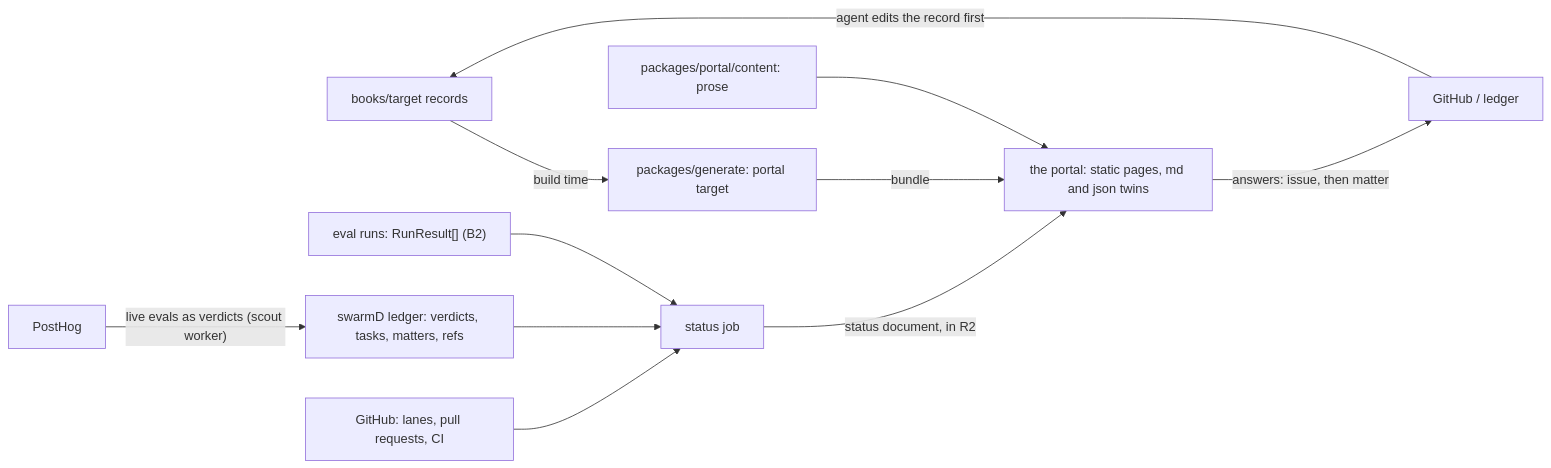
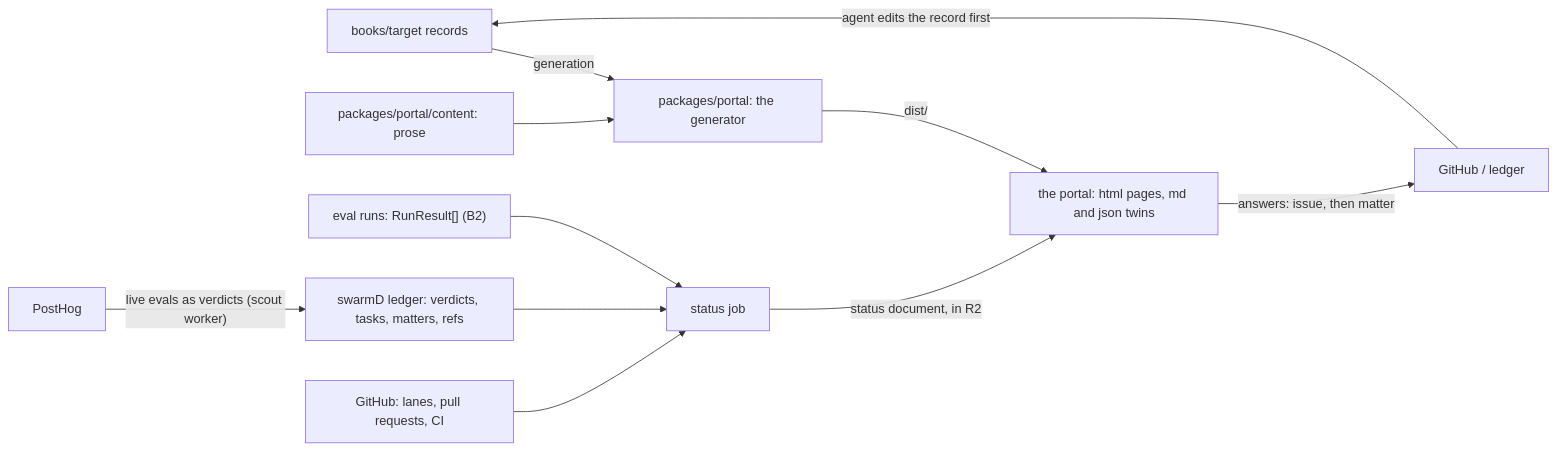
Before and after one commit to AaronAbuUsama/capxul-next: the first of 2 diagrams in docs/design/portal.md, drawn with Mermaid. The commit also changed other lines of this file and 5 other files, not shown here.

````diff
--- a/docs/design/portal.md
+++ b/docs/design/portal.md
@@ -50,13 +54,13 @@
 ```mermaid
 flowchart LR
-  book["books/target records"] -->|build time| gen["packages/generate: portal target"]
-  prose["packages/portal/content: prose"] --> site
-  gen -->|bundle| site["the portal: static pages, md and json twins"]
+  book["books/target records"] -->|generation| gen["packages/portal: the generator"]
+  prose["packages/portal/content: prose"] --> gen
+  gen -->|"dist/"| site["the portal: html pages, md and json twins"]
   runs["eval runs: RunResult[] (B2)"] --> job["status job"]
   ledger["swarmD ledger: verdicts, tasks, matters, refs"] --> job
   gh["GitHub: lanes, pull requests, CI"] --> job
   ph["PostHog"] -->|"live evals as verdicts (scout worker)"| ledger
   job -->|"status document, in R2"| site
   site -->|"answers: issue, then matter"| ans["GitHub / ledger"]
   ans -->|"agent edits the record first"| book
 ```
````
